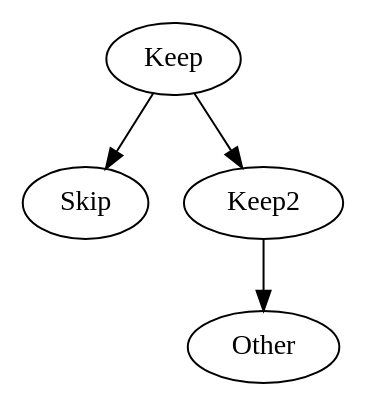
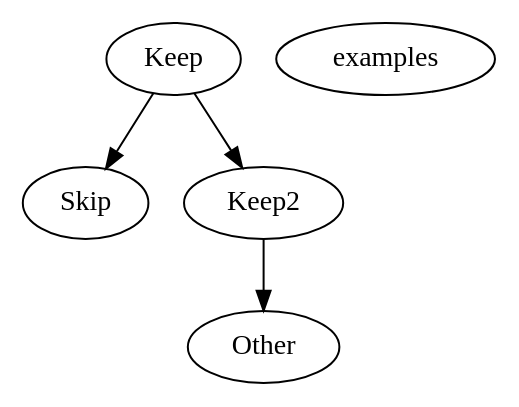
The diagram in examples/marked.dot (kareltucek/sane-graph-edit), drawn with Graphviz before and after one commit. The commit also changed 6 other files, not shown here.

First line of the commit message:
Examples: an index that leads to each of them, the help and the documentation

```diff
--- a/examples/marked.dot
+++ b/examples/marked.dot
@@ -1,9 +1,11 @@
 digraph g {
   n0 [label="Keep"; pos="0,0!"; marks="A"];
   n1 [label="Skip"; pos="200,0!"];
   n2 [label="Keep2"; pos="0,100!"; marks="A"];
   n3 [label="Other"; pos="200,100!"; marks="B"];
+  // gf on it goes back to the list of examples
+  index [label="examples"; pos="100,-120!"; link="index.dot:marked"; fillcolor="#F6EFC4"];
   n0 -> n1;
   n0 -> n2;
   n2 -> n3;
 }
```
